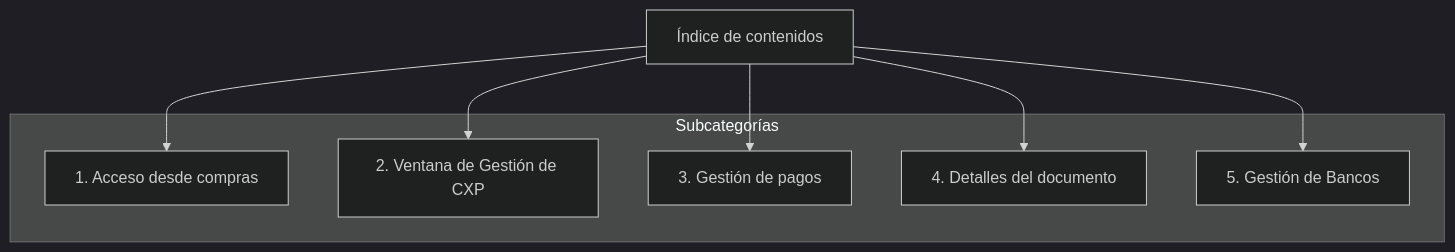
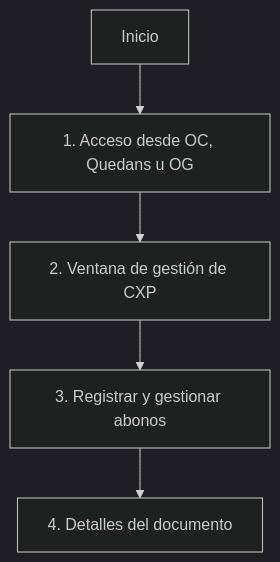
One commit to contaportable/CPDOCS changed the diagram in docs/modulos/compras/gestion_cuentas_por_pagar.md. Above: the diagram before and after it, drawn with Mermaid (dark theme). The commit also changed other lines of this file and 5 other files, not shown here.

````diff
--- a/docs/modulos/compras/gestion_cuentas_por_pagar.md
+++ b/docs/modulos/compras/gestion_cuentas_por_pagar.md
@@ -20,24 +26,15 @@
-    ``` mermaid
-    graph TD
-      A[Índice de contenidos]:::root
+``` mermaid
+graph TD
+  A[Inicio]:::root
+  B[1. Acceso desde OC, Quedans u OG]
+  C[2. Ventana de gestión de CXP]
+  D[3. Registrar y gestionar abonos]
+  E[4. Detalles del documento]
 
-      subgraph "Subcategorías"
-        B[1. Acceso desde compras]
-        C[2. Ventana de Gestión de CXP]
-        D[3. Gestión de pagos]
-        E[4. Detalles del documento]
-        F[5. Gestión de Bancos]
-      end
+  A --> B --> C --> D --> E
 
-      A --> B
-      A --> C
-      A --> D
-      A --> E
-      A --> F
-
-    click B "#1-acceso-desde-compras" "Ir al acceso desde compras"
-    click C "#2-ventana-de-gestion-de-cxp" "Ir a la ventana de gestión de CXP"
-    click D "#3-gestion-de-pagos" "Ir a la gestión de pagos"
-    click E "#4-detalles-del-documento" "Ir a detalles del documento"
-    click F "#5-gestion-de-bancos" "Ir a la gestión de bancos"
-    ```
+  click B "#1-acceso-desde-ordenes-de-compra-quedans-y-ordenes-de-gasto" "Acceso desde órdenes de compra, quedans y órdenes de gasto"
+  click C "#2-ventana-de-gestion-de-cxp" "Ir a la ventana de gestión de CXP"
+  click D "#3-registrar-y-gestionar-abonos" "Ir a registrar y gestionar abonos"
+  click E "#4-detalles-del-documento" "Ir a detalles del documento"
+```
````
